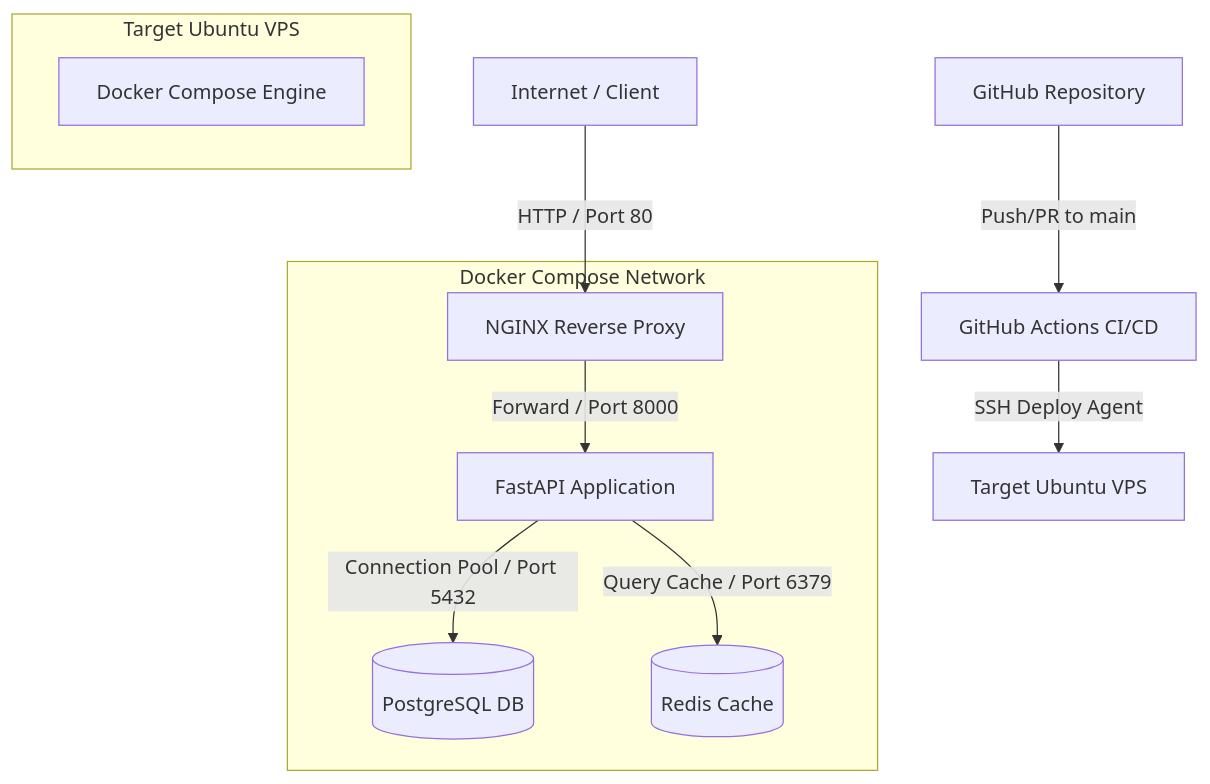
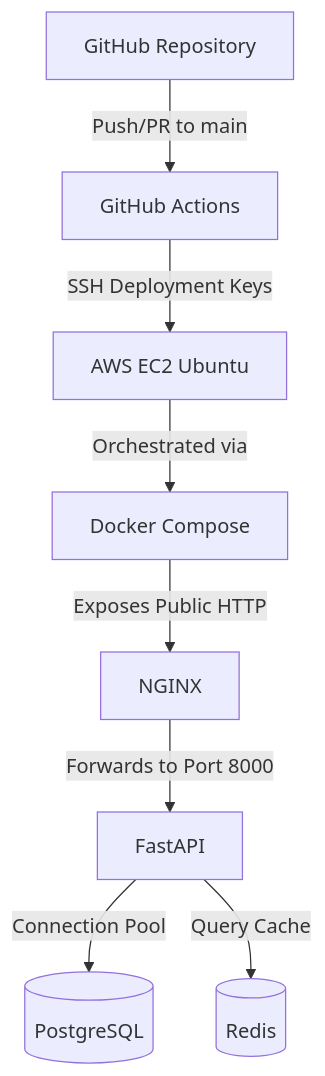
Before and after one commit to Sanket-HP/devops-fastapi-assignment: the first of 3 diagrams in README.md, drawn with Mermaid. The commit also changed other lines of this file and 4 other files, not shown here.

````diff
--- a/README.md
+++ b/README.md
@@ -11,21 +24,10 @@
 ```mermaid
-graph TD
-    Client[Internet / Client] -->|HTTP / Port 80| Nginx[NGINX Reverse Proxy]
-    Nginx -->|Forward / Port 8000| FastAPI[FastAPI Application]
-    FastAPI -->|Connection Pool / Port 5432| Postgres[(PostgreSQL DB)]
-    FastAPI -->|Query Cache / Port 6379| Redis[(Redis Cache)]
-
-    subgraph Docker Compose Network
-        Nginx
-        FastAPI
-        Postgres
-        Redis
-    end
-
-    subgraph Target Ubuntu VPS
-        DockerCompose[Docker Compose Engine]
-    end
-
-    GitHub[GitHub Repository] -->|Push/PR to main| GHActions[GitHub Actions CI/CD]
-    GHActions -->|SSH Deploy Agent| Target[Target Ubuntu VPS]
+flowchart TD
+    A[GitHub Repository] -->|Push/PR to main| B[GitHub Actions]
+    B -->|SSH Deployment Keys| C[AWS EC2 Ubuntu]
+    C -->|Orchestrated via| D[Docker Compose]
+    D -->|Exposes Public HTTP| E[NGINX]
+    E -->|Forwards to Port 8000| F[FastAPI]
+    F -->|Connection Pool| G[(PostgreSQL)]
+    F -->|Query Cache| H[(Redis)]
 ```
````
